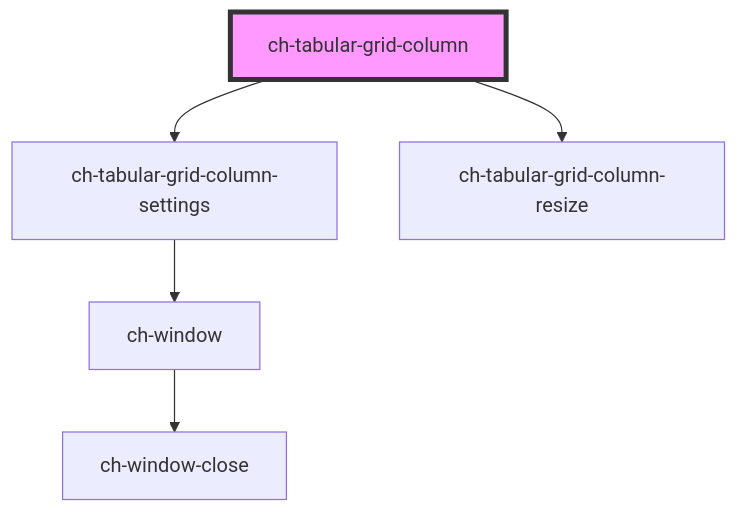
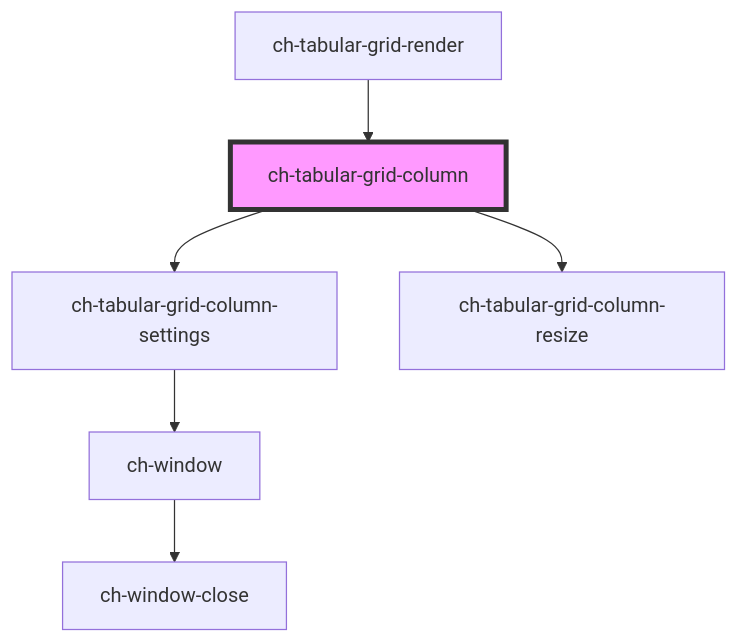
The diagram in src/components/tabular-grid/column/readme.md (genexuslabs/chameleon-controls-library), drawn with Mermaid before and after one commit. The commit also changed other lines of this file and 5 other files, not shown here.

````diff
--- a/src/components/tabular-grid/column/readme.md
+++ b/src/components/tabular-grid/column/readme.md
@@ -86,8 +90,9 @@
 ```mermaid
 graph TD;
   ch-tabular-grid-column --> ch-tabular-grid-column-settings
   ch-tabular-grid-column --> ch-tabular-grid-column-resize
   ch-tabular-grid-column-settings --> ch-window
   ch-window --> ch-window-close
+  ch-tabular-grid-render --> ch-tabular-grid-column
   style ch-tabular-grid-column fill:#f9f,stroke:#333,stroke-width:4px
 ```
````
